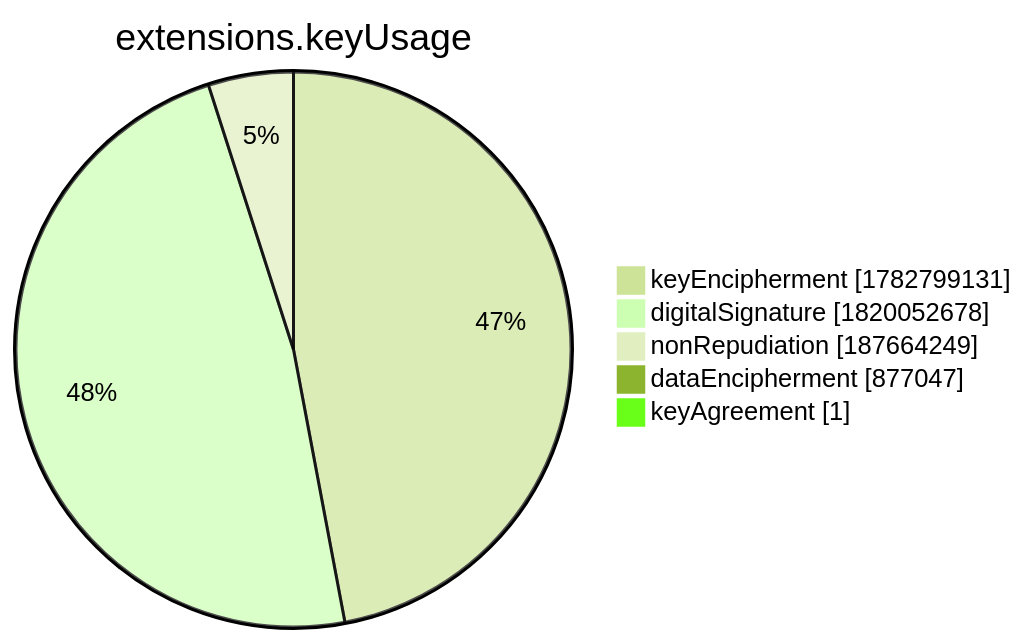
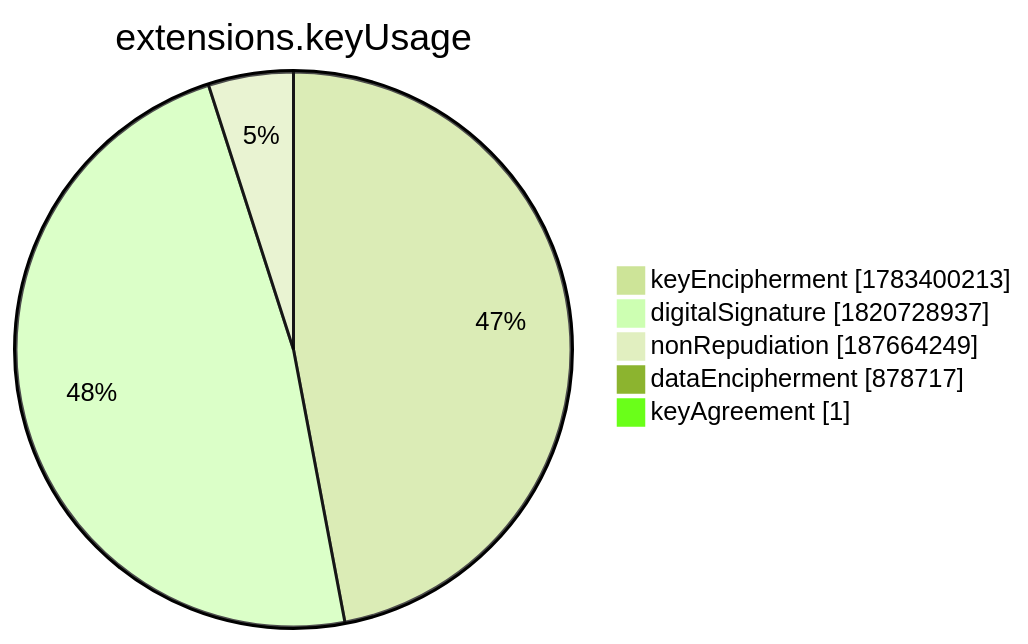
Before and after one commit to christiankrug/ctmonitor_visualization: the seventh of 15 diagrams in xenon2022/README.md, drawn with Mermaid (forest theme). The commit also changed other lines of this file, not shown here.

````diff
--- a/xenon2022/README.md
+++ b/xenon2022/README.md
@@ -2859,9 +2859,9 @@
 ```mermaid
 pie showData
 title extensions.keyUsage
-"keyEncipherment" :1782799131
-"digitalSignature" :1820052678
+"keyEncipherment" :1783400213
+"digitalSignature" :1820728937
 "nonRepudiation" :187664249
-"dataEncipherment" :877047
+"dataEncipherment" :878717
 "keyAgreement" :1
 ```
````
